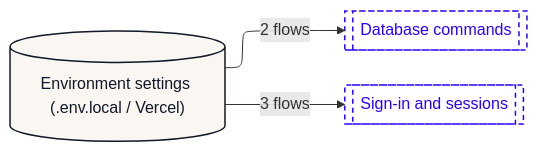
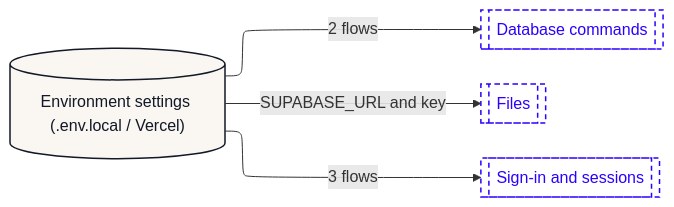
The ninth of 11 diagrams in dataflow/DATAFLOW.md (Romain-Perche/Barnacle-Pipe), drawn with Mermaid before and after one commit. The commit also changed other lines of this file and 12 other files, not shown here.

````diff
--- a/dataflow/DATAFLOW.md
+++ b/dataflow/DATAFLOW.md
@@ -453,20 +526,22 @@
 ```mermaid
 ---
 config:
   layout: elk
 ---
 flowchart LR
     n1[("Environment settings (.env.local / Vercel)")]
     n2[["Database commands"]]
-    n3[["Sign-in and sessions"]]
-    n1 -->|"3 flows"| n3
+    n3[["Files"]]
+    n4[["Sign-in and sessions"]]
+    n1 -->|"3 flows"| n4
     n1 -->|"2 flows"| n2
+    n1 -->|"SUPABASE_URL and key"| n3
     classDef actor fill:#FFFFFF,stroke:#111827,stroke-width:1px,color:#111827
     classDef process fill:#EDEAFF,stroke:#2B00FF,stroke-width:1.5px,color:#111827
     classDef store fill:#FAF6F1,stroke:#111827,stroke-width:1.5px,color:#111827
     classDef zone fill:#1A1A1A,stroke:#1A1A1A,color:#FFFFFF
     classDef group fill:#2B00FF,stroke:#2B00FF,color:#FFFFFF
     classDef stub fill:#FFFFFF,stroke:#2B00FF,stroke-width:1.5px,stroke-dasharray:5 4,color:#2B00FF
     class n1 store
-    class n2,n3 stub
+    class n2,n3,n4 stub
 ```
````
